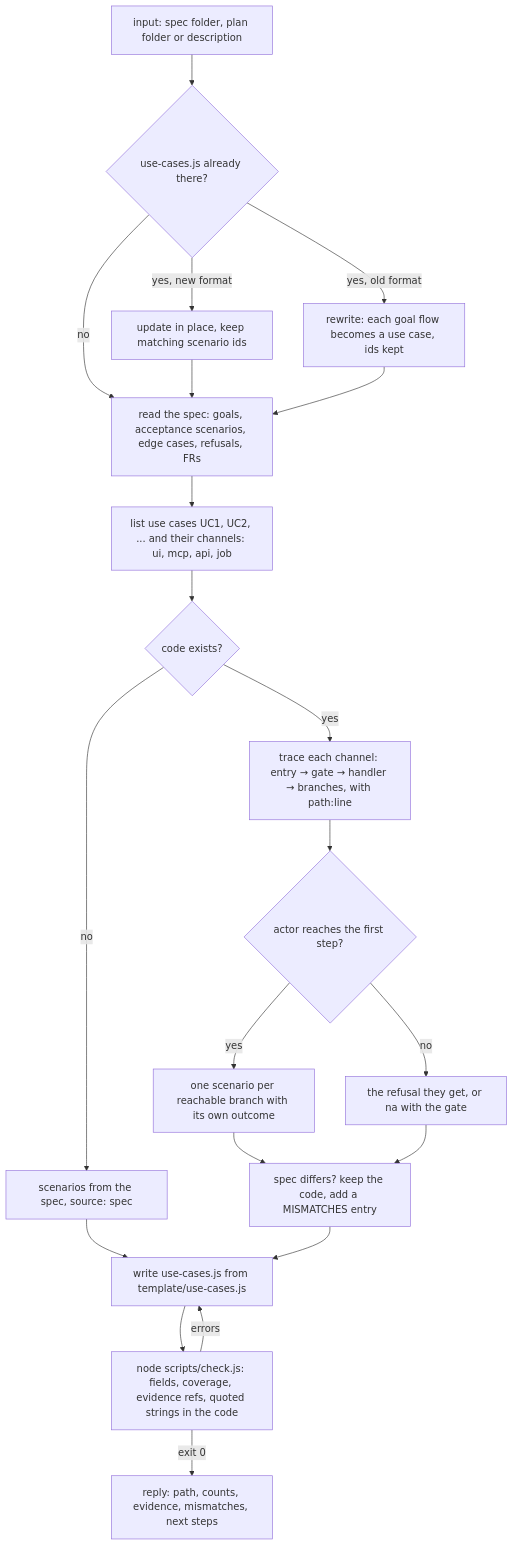
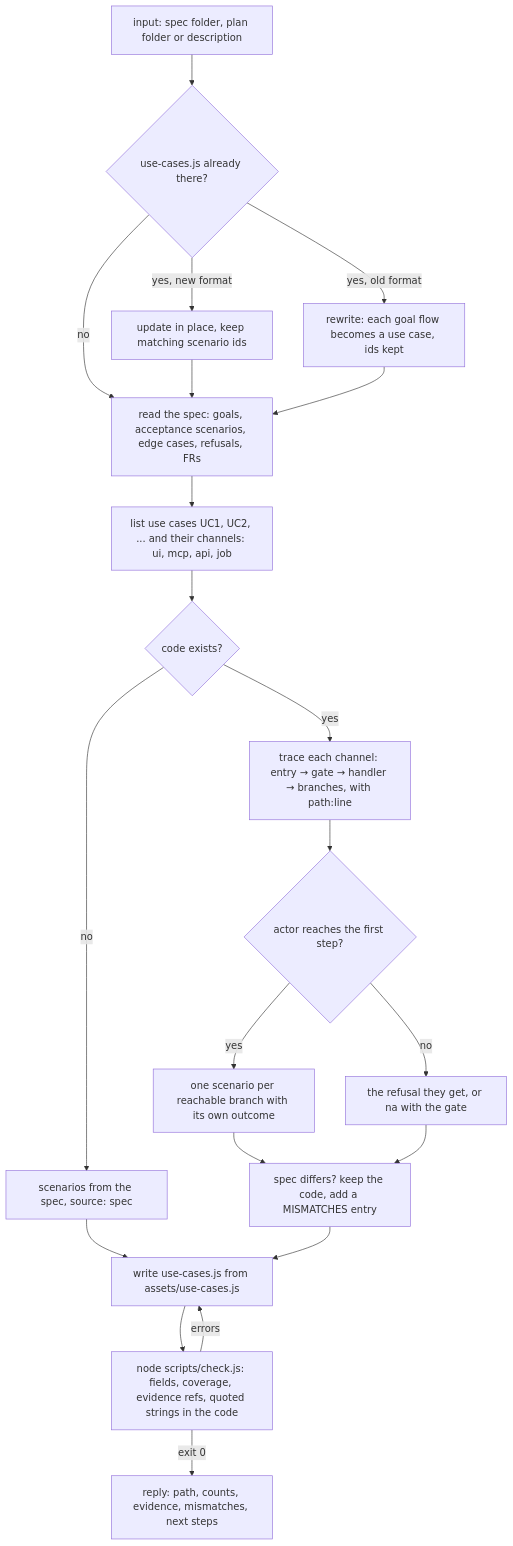
Before and after one commit to naphatwx/naphatwx-tools: the first of 3 diagrams in plugins/naphatwx-tools/skills/generate-use-case/README.md, drawn with Mermaid. The commit also changed other lines of this file and 114 other files, not shown here.

````diff
--- a/plugins/naphatwx-tools/skills/generate-use-case/README.md
+++ b/plugins/naphatwx-tools/skills/generate-use-case/README.md
@@ -37,24 +37,24 @@
 ```mermaid
 graph TD
     A[input: spec folder, plan folder or description] --> B{use-cases.js already there?}
     B -->|yes, new format| B1[update in place, keep matching scenario ids]
     B -->|yes, old format| B2[rewrite: each goal flow becomes a use case, ids kept]
     B -->|no| C[read the spec: goals, acceptance scenarios, edge cases, refusals, FRs]
     B1 --> C
     B2 --> C
     C --> D["list use cases UC1, UC2, ... and their channels: ui, mcp, api, job"]
     D --> T{code exists?}
     T -->|yes| T1["trace each channel: entry → gate → handler → branches, with path:line"]
     T -->|no| T2["scenarios from the spec, source: spec"]
     T1 --> R{actor reaches the first step?}
     R -->|yes| E[one scenario per reachable branch with its own outcome]
     R -->|no| E1["the refusal they get, or na with the gate"]
     E --> M["spec differs? keep the code, add a MISMATCHES entry"]
     E1 --> M
     T2 --> F
     M --> F
-    F[write use-cases.js from template/use-cases.js]
+    F[write use-cases.js from assets/use-cases.js]
     F --> G["node scripts/check.js: fields, coverage, evidence refs, quoted strings in the code"]
     G -->|errors| F
     G -->|exit 0| H[reply: path, counts, evidence, mismatches, next steps]
 ```
````
